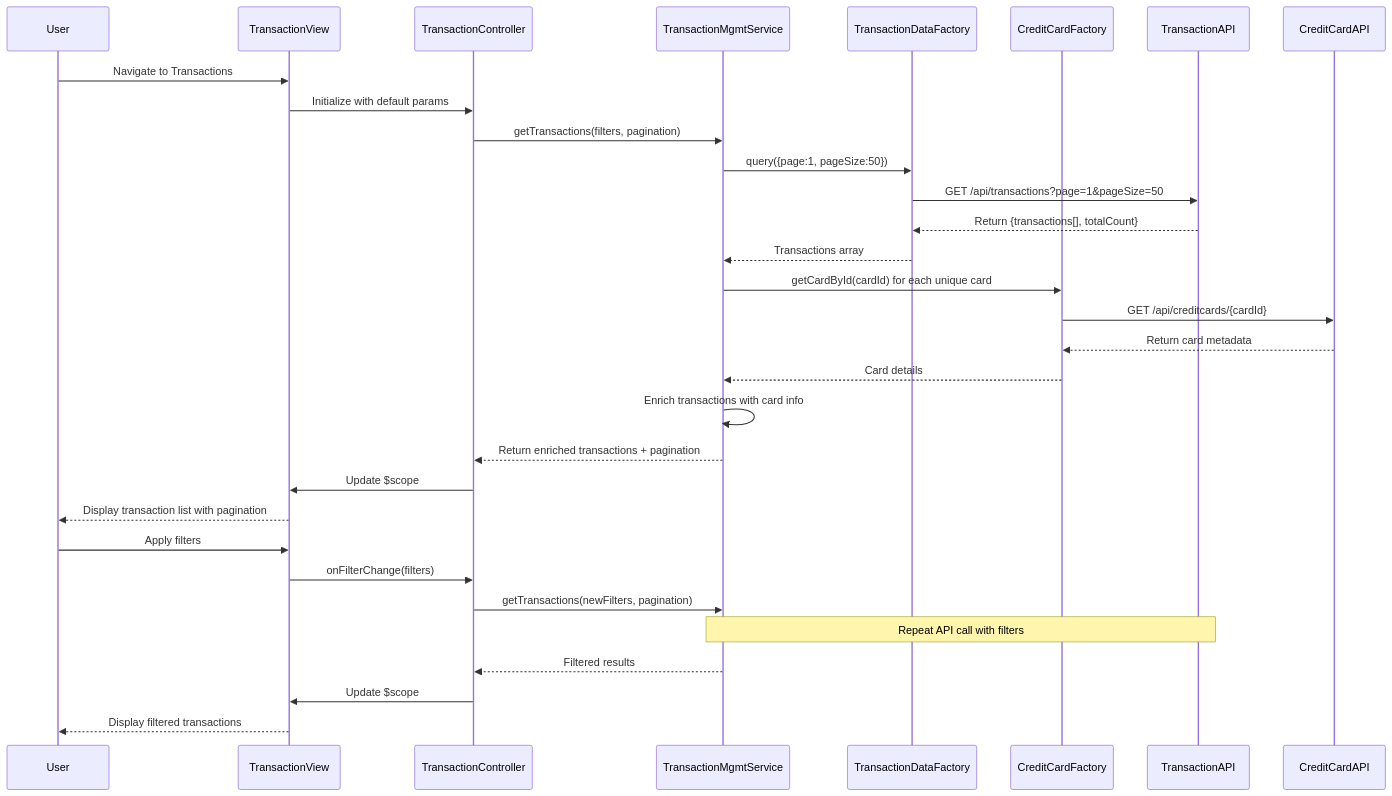
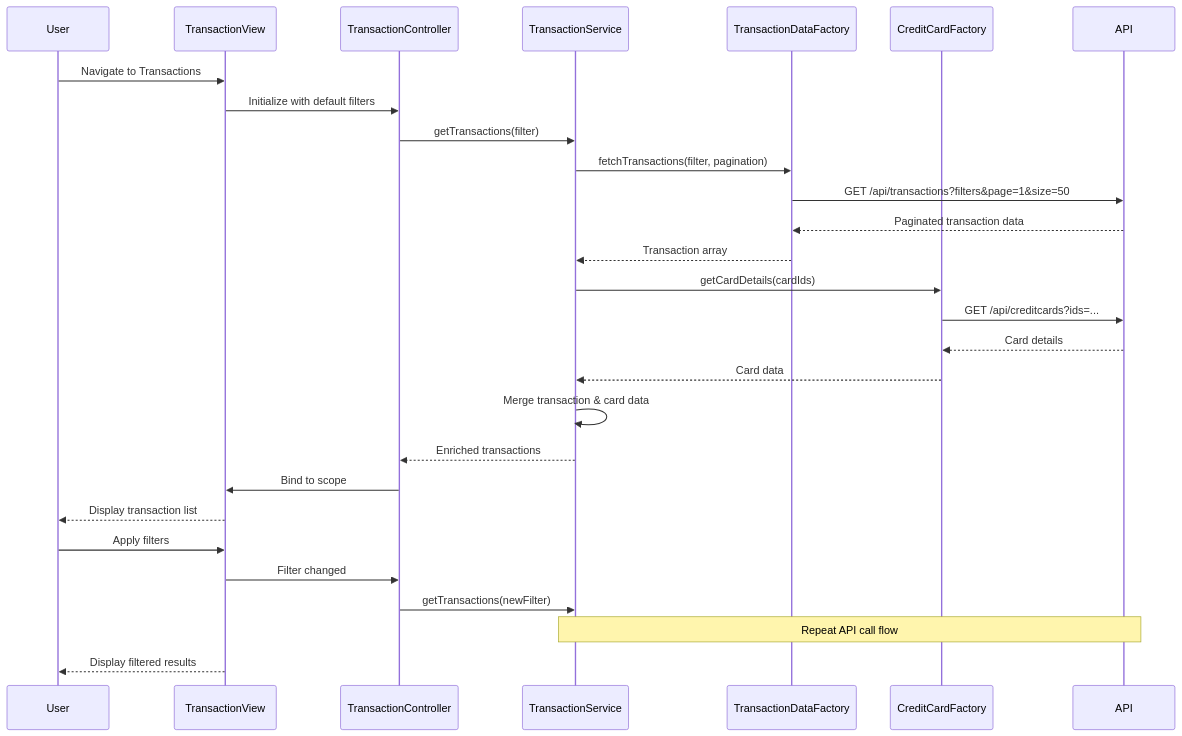
Before and after one commit to Davamani-git/APB_Demo: the diagram in LLD/QE-4644_LLD.md, drawn with Mermaid. The commit also changed other lines of this file and 2 other files, not shown here.

````diff
--- a/LLD/QE-4644_LLD.md
+++ b/LLD/QE-4644_LLD.md
@@ -97,34 +87,31 @@
 ```mermaid
 sequenceDiagram
     participant User
     participant TransactionView
     participant TransactionController
-    participant TransactionMgmtService
+    participant TransactionService
     participant TransactionDataFactory
     participant CreditCardFactory
-    participant TransactionAPI
-    participant CreditCardAPI
+    participant API
 
     User->>TransactionView: Navigate to Transactions
-    TransactionView->>TransactionController: Initialize with default params
-    TransactionController->>TransactionMgmtService: getTransactions(filters, pagination)
-    TransactionMgmtService->>TransactionDataFactory: query({page:1, pageSize:50})
-    TransactionDataFactory->>TransactionAPI: GET /api/transactions?page=1&pageSize=50
-    TransactionAPI-->>TransactionDataFactory: Return {transactions[], totalCount}
-    TransactionDataFactory-->>TransactionMgmtService: Transactions array
-    TransactionMgmtService->>CreditCardFactory: getCardById(cardId) for each unique card
-    CreditCardFactory->>CreditCardAPI: GET /api/creditcards/{cardId}
-    CreditCardAPI-->>CreditCardFactory: Return card metadata
-    CreditCardFactory-->>TransactionMgmtService: Card details
-    TransactionMgmtService->>TransactionMgmtService: Enrich transactions with card info
-    TransactionMgmtService-->>TransactionController: Return enriched transactions + pagination
-    TransactionController->>TransactionView: Update $scope
-    TransactionView-->>User: Display transaction list with pagination
+    TransactionView->>TransactionController: Initialize with default filters
+    TransactionController->>TransactionService: getTransactions(filter)
+    TransactionService->>TransactionDataFactory: fetchTransactions(filter, pagination)
+    TransactionDataFactory->>API: GET /api/transactions?filters&page=1&size=50
+    API-->>TransactionDataFactory: Paginated transaction data
+    TransactionDataFactory-->>TransactionService: Transaction array
+    TransactionService->>CreditCardFactory: getCardDetails(cardIds)
+    CreditCardFactory->>API: GET /api/creditcards?ids=...
+    API-->>CreditCardFactory: Card details
+    CreditCardFactory-->>TransactionService: Card data
+    TransactionService->>TransactionService: Merge transaction & card data
+    TransactionService-->>TransactionController: Enriched transactions
+    TransactionController->>TransactionView: Bind to scope
+    TransactionView-->>User: Display transaction list
     User->>TransactionView: Apply filters
-    TransactionView->>TransactionController: onFilterChange(filters)
-    TransactionController->>TransactionMgmtService: getTransactions(newFilters, pagination)
-    Note over TransactionMgmtService,TransactionAPI: Repeat API call with filters
-    TransactionMgmtService-->>TransactionController: Filtered results
-    TransactionController->>TransactionView: Update $scope
-    TransactionView-->>User: Display filtered transactions
+    TransactionView->>TransactionController: Filter changed
+    TransactionController->>TransactionService: getTransactions(newFilter)
+    Note over TransactionService,API: Repeat API call flow
+    TransactionView-->>User: Display filtered results
 ```
````
